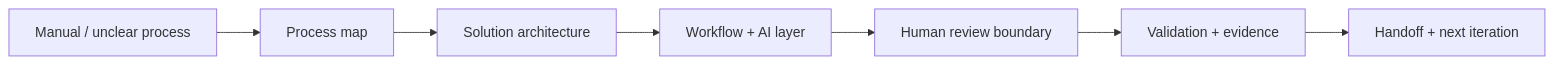
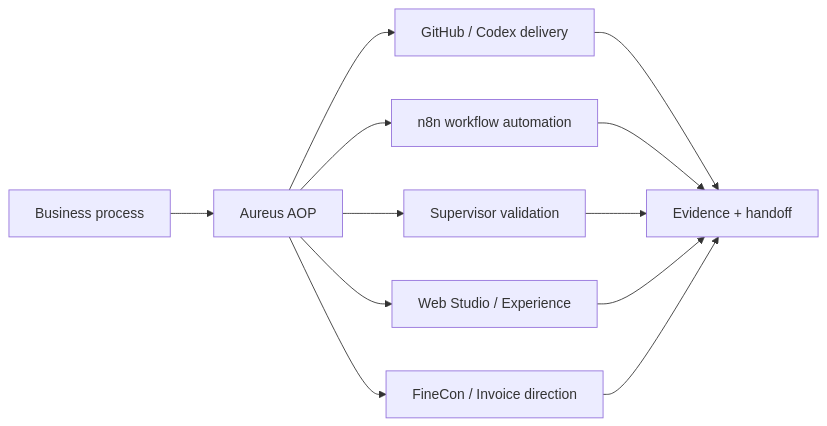
One commit to Aureus-Automation-Lab/Aureus-Automation-Lab changed the diagram in README.md. Above: the diagram before and after it, drawn with Mermaid. The commit also changed other lines of this file and 19 other files, not shown here.

Commit message:
docs: align GitHub profile with Aureus presentation room

````diff
--- a/README.md
+++ b/README.md
@@ -33,9 +30,14 @@
 ```mermaid
 flowchart LR
-    A[Manual / unclear process] --> B[Process map]
-    B --> C[Solution architecture]
-    C --> D[Workflow + AI layer]
-    D --> E[Human review boundary]
-    E --> F[Validation + evidence]
-    F --> G[Handoff + next iteration]
+    A[Business process] --> B[Aureus AOP]
+    B --> C[GitHub / Codex delivery]
+    B --> D[n8n workflow automation]
+    B --> E[Supervisor validation]
+    B --> F[Web Studio / Experience]
+    B --> G[FineCon / Invoice direction]
+    C --> H[Evidence + handoff]
+    D --> H
+    E --> H
+    F --> H
+    G --> H
 ```
````
